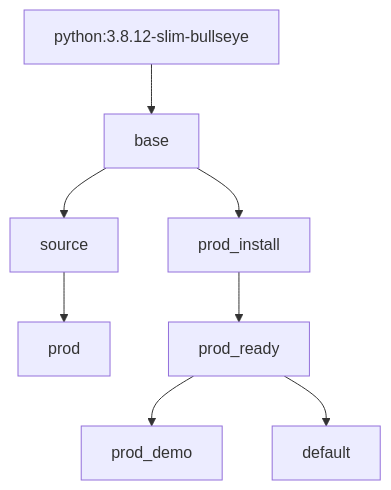
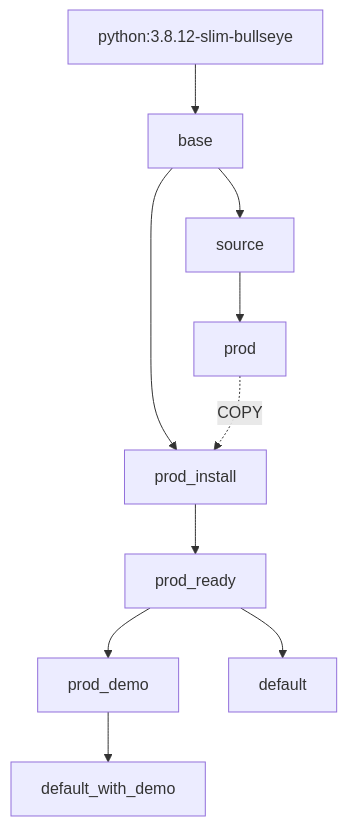
The diagram in docs/build-process_DAG.md (boromir674/neural-style-transfer), drawn with Mermaid before and after one commit. The commit also changed other lines of this file and 6 other files, not shown here.

````diff
--- a/docs/build-process_DAG.md
+++ b/docs/build-process_DAG.md
@@ -14,10 +12,12 @@
 ```mermaid
 graph TB;
   python:3.8.12-slim-bullseye --> base
   base --> source
   source --> prod
   base --> prod_install
+  prod -. "COPY" .-> prod_install
   prod_install --> prod_ready
   prod_ready --> prod_demo
   prod_ready --> default
+  prod_demo --> default_with_demo
 ```
````
